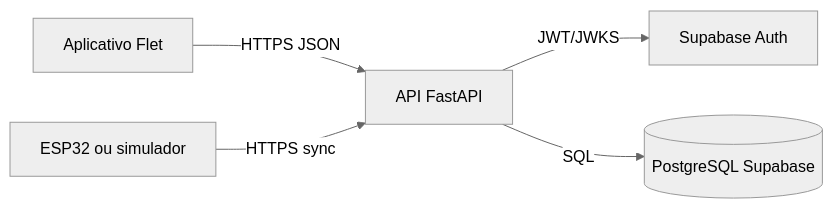
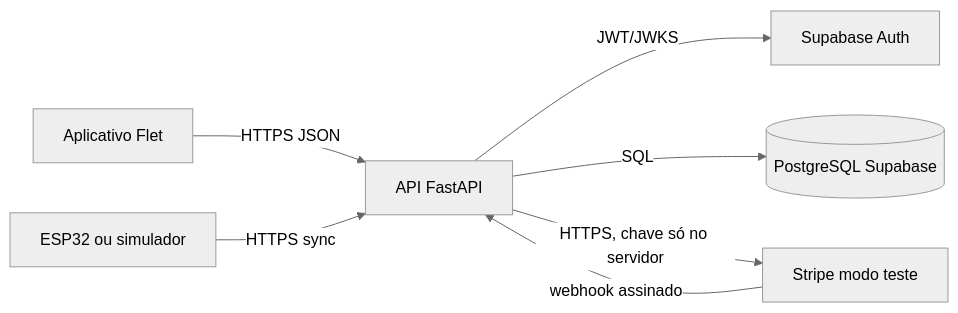
The diagram in docs/architecture.md (DJLIMA1/FIAP-ChargeGridApp-GS1-2026), drawn with Mermaid (neutral theme) before and after one commit. The commit also changed other lines of this file and 2 other files, not shown here.

Commit message:
Docs: Stripe test-mode payment contract, webhook setup, settlement rules, panel QR payment fields (protocol 0.7.0)

````diff
--- a/docs/architecture.md
+++ b/docs/architecture.md
@@ -3,7 +3,9 @@
 ```mermaid
 flowchart LR
     App[Aplicativo Flet] -->|HTTPS JSON| Api[API FastAPI]
     Esp[ESP32 ou simulador] -->|HTTPS sync| Api
     Api -->|JWT/JWKS| Auth[Supabase Auth]
     Api -->|SQL| Db[(PostgreSQL Supabase)]
+    Api -->|HTTPS, chave só no servidor| Stripe[Stripe modo teste]
+    Stripe -->|webhook assinado| Api
 ```
````
